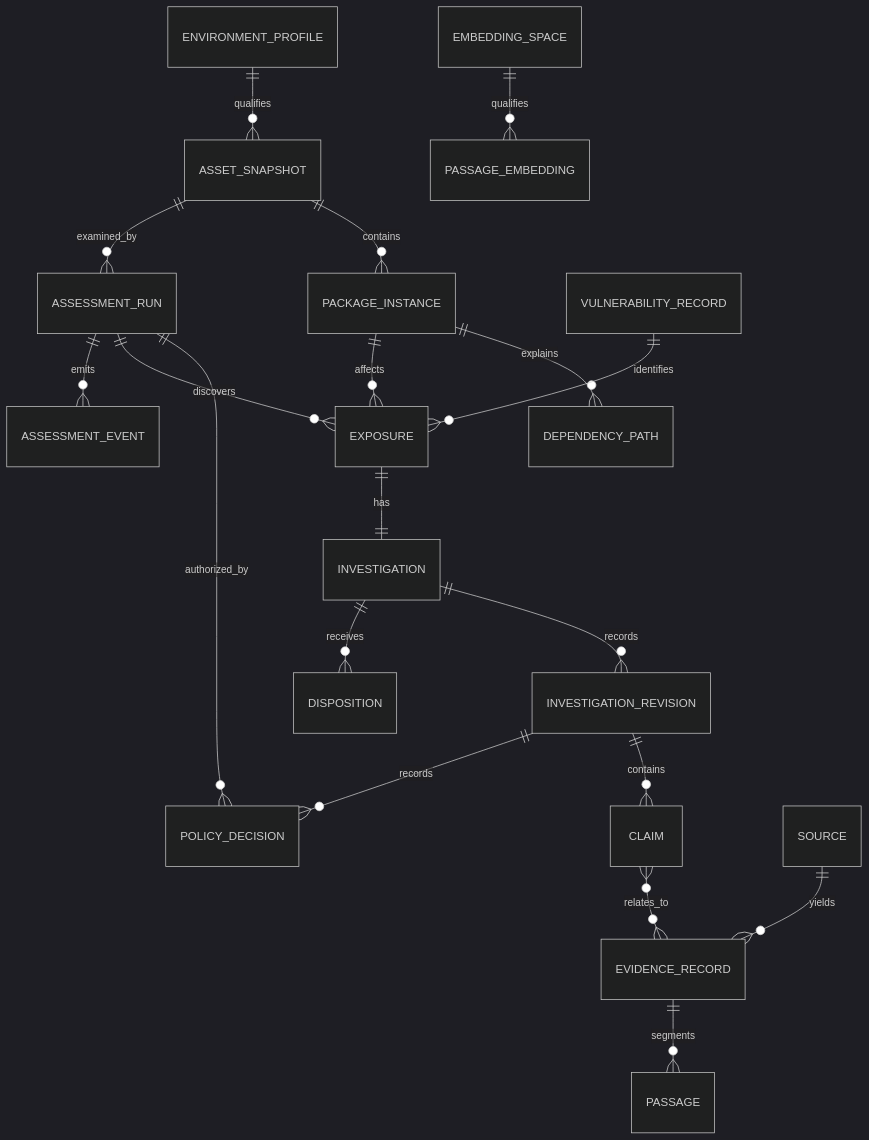
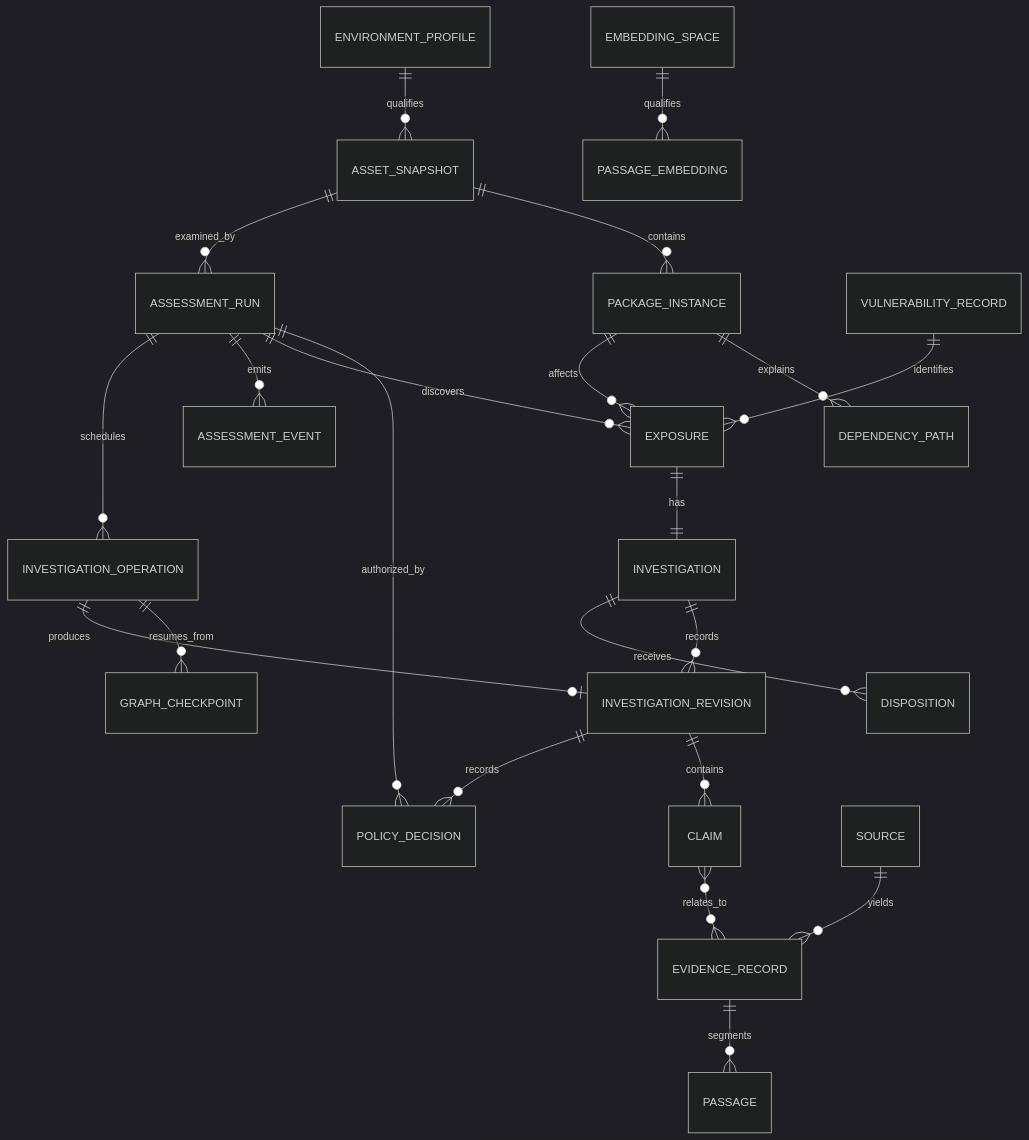
One commit to jtabalon/exposure-ledger changed the diagram in docs/architecture/DATA_MODEL.md. Above: the diagram before and after it, drawn with Mermaid (dark theme). The commit also changed other lines of this file and 19 other files, not shown here.

````diff
--- a/docs/architecture/DATA_MODEL.md
+++ b/docs/architecture/DATA_MODEL.md
@@ -3,21 +3,24 @@
 ```mermaid
 erDiagram
     ENVIRONMENT_PROFILE ||--o{ ASSET_SNAPSHOT : qualifies
     ASSET_SNAPSHOT ||--o{ PACKAGE_INSTANCE : contains
     PACKAGE_INSTANCE ||--o{ DEPENDENCY_PATH : explains
     ASSET_SNAPSHOT ||--o{ ASSESSMENT_RUN : examined_by
     ASSESSMENT_RUN ||--o{ POLICY_DECISION : authorized_by
     ASSESSMENT_RUN ||--o{ EXPOSURE : discovers
     VULNERABILITY_RECORD ||--o{ EXPOSURE : identifies
     PACKAGE_INSTANCE ||--o{ EXPOSURE : affects
     EXPOSURE ||--|| INVESTIGATION : has
     INVESTIGATION ||--o{ INVESTIGATION_REVISION : records
     INVESTIGATION_REVISION ||--o{ CLAIM : contains
     SOURCE ||--o{ EVIDENCE_RECORD : yields
     EVIDENCE_RECORD ||--o{ PASSAGE : segments
     EMBEDDING_SPACE ||--o{ PASSAGE_EMBEDDING : qualifies
     CLAIM }o--o{ EVIDENCE_RECORD : relates_to
     INVESTIGATION ||--o{ DISPOSITION : receives
     INVESTIGATION_REVISION ||--o{ POLICY_DECISION : records
     ASSESSMENT_RUN ||--o{ ASSESSMENT_EVENT : emits
+    ASSESSMENT_RUN ||--o{ INVESTIGATION_OPERATION : schedules
+    INVESTIGATION_OPERATION ||--o{ GRAPH_CHECKPOINT : resumes_from
+    INVESTIGATION_OPERATION ||--o| INVESTIGATION_REVISION : produces
 ```
````
